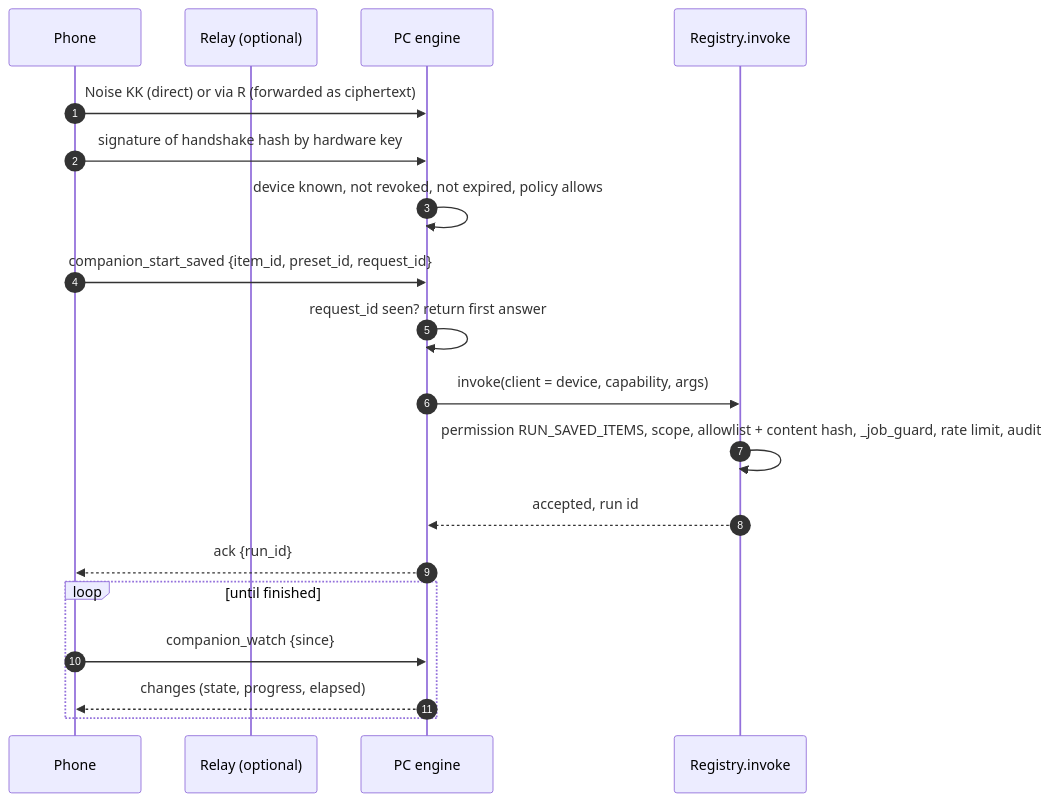
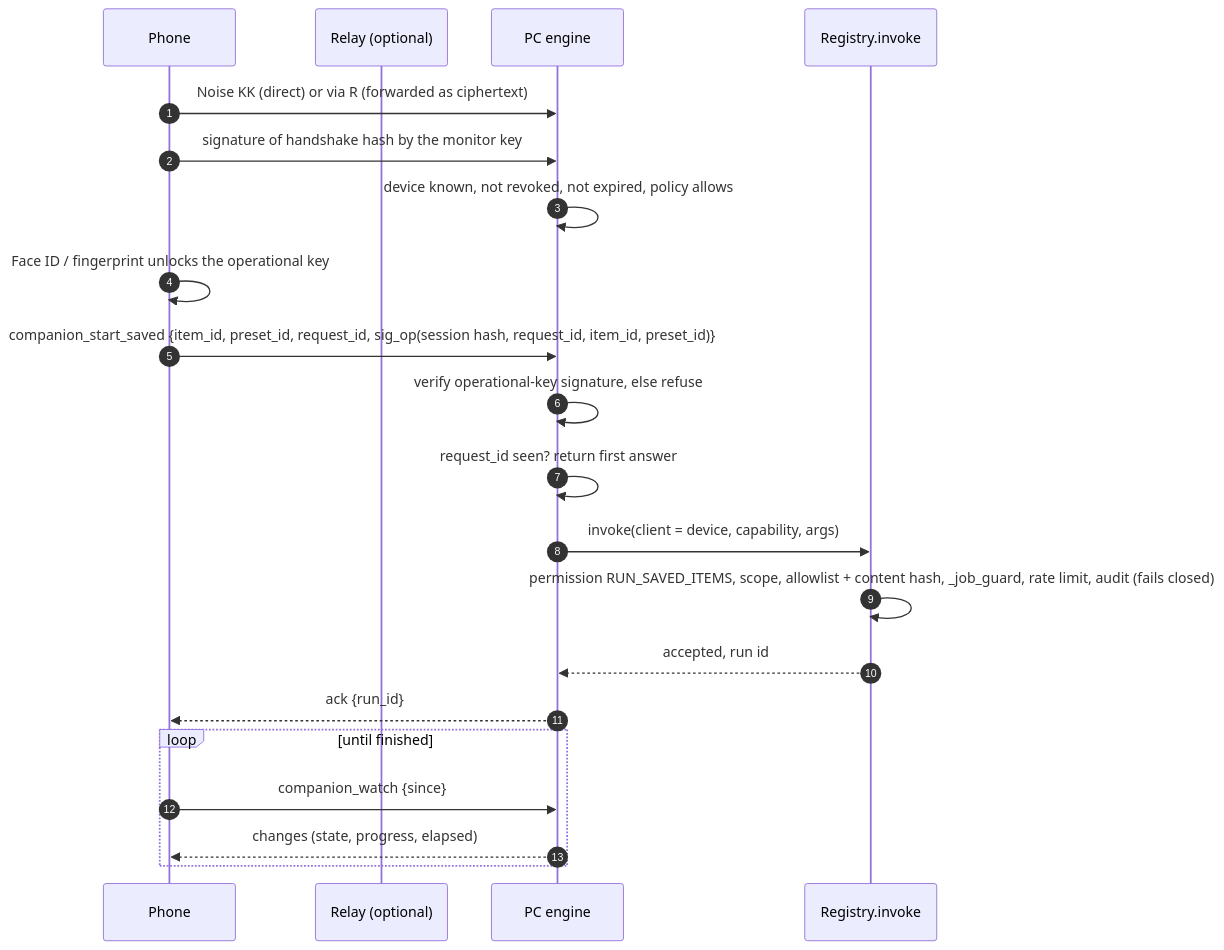
The third of 3 diagrams in docs/product/mobile-companion-decisions.md (KratosDataGod/KratosForge), drawn with Mermaid before and after one commit. The commit also changed other lines of this file and 4 other files, not shown here.

First line of the commit message:
Mobile companion: Security QC design changes (presence proven to the PC, network profile, pre-auth bounds, single-use secret, audit fails closed)

````diff
--- a/docs/product/mobile-companion-decisions.md
+++ b/docs/product/mobile-companion-decisions.md
@@ -184,21 +197,23 @@
 ```mermaid
 sequenceDiagram
   autonumber
   participant M as Phone
   participant R as Relay (optional)
   participant D as PC engine
   participant G as Registry.invoke
   M->>D: Noise KK (direct) or via R (forwarded as ciphertext)
-  M->>D: signature of handshake hash by hardware key
+  M->>D: signature of handshake hash by the monitor key
   D->>D: device known, not revoked, not expired, policy allows
-  M->>D: companion_start_saved {item_id, preset_id, request_id}
+  M->>M: Face ID / fingerprint unlocks the operational key
+  M->>D: companion_start_saved {item_id, preset_id, request_id, sig_op(session hash, request_id, item_id, preset_id)}
+  D->>D: verify operational-key signature, else refuse
   D->>D: request_id seen? return first answer
   D->>G: invoke(client = device, capability, args)
-  G->>G: permission RUN_SAVED_ITEMS, scope, allowlist + content hash, _job_guard, rate limit, audit
+  G->>G: permission RUN_SAVED_ITEMS, scope, allowlist + content hash, _job_guard, rate limit, audit (fails closed)
   G-->>D: accepted, run id
   D-->>M: ack {run_id}
   loop until finished
     M->>D: companion_watch {since}
     D-->>M: changes (state, progress, elapsed)
   end
 ```
````
